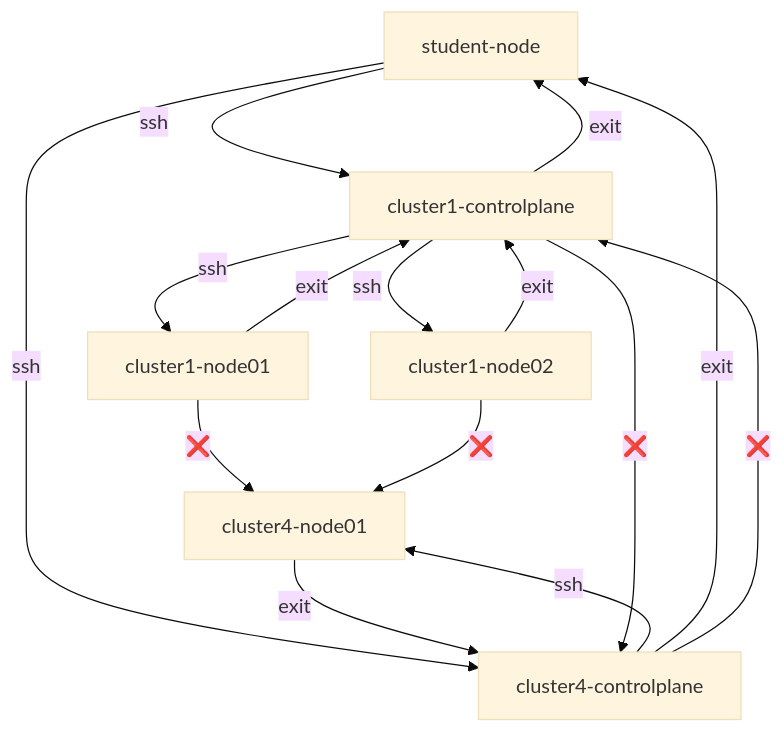
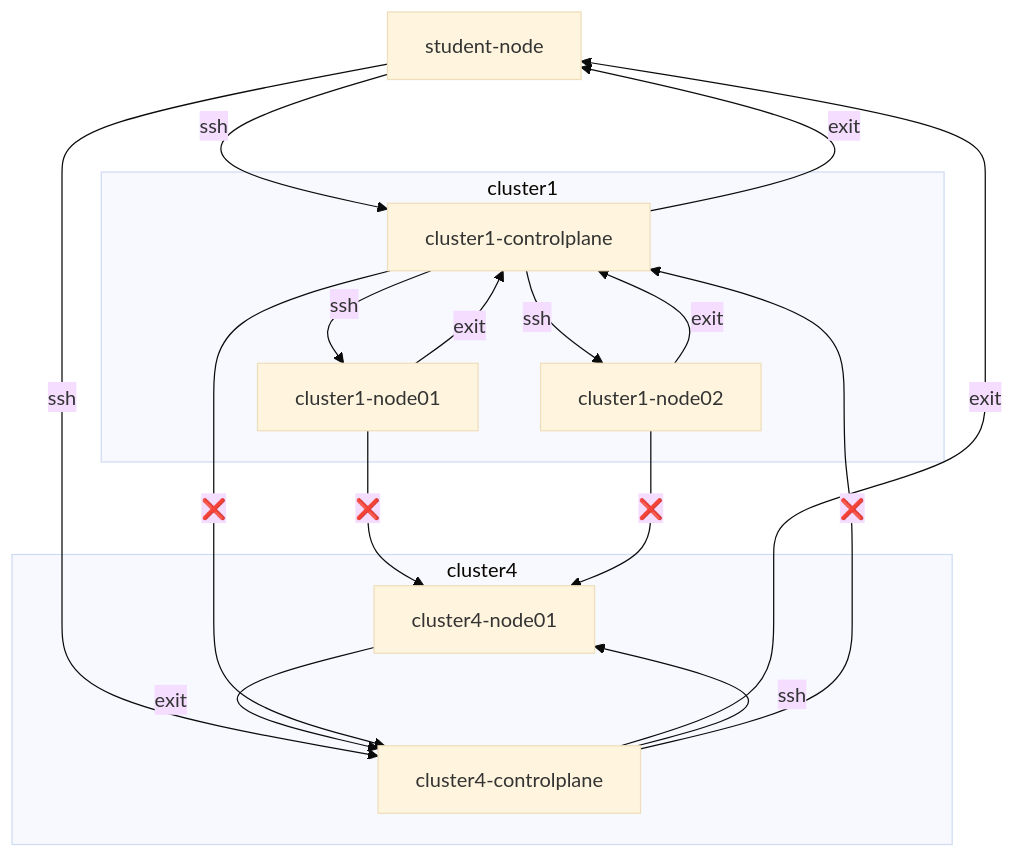
The fourth of 4 diagrams in docs/ssh.md (kodekloudhub/community-faq), drawn with Mermaid (base theme) before and after one commit.

Commit message:
Tweaking diagram

````diff
--- a/docs/ssh.md
+++ b/docs/ssh.md
@@ -324,31 +324,33 @@
 ```mermaid
-flowchart TD
+graph TD
 
     Jump[student-node]
 
     AC[cluster1-controlplane]
-    BC[cluster4-controlplane]
     A1[cluster1-node01]
     A2[cluster1-node02]
+    BC[cluster4-controlplane]
     B1[cluster4-node01]
 
     Jump -->|ssh| AC
     Jump -->|ssh| BC
 
-    AC -->|ssh| A1
-    AC -->|ssh| A2
+    AC -->|exit| Jump
+    subgraph Cluster1 [cluster1]
+        AC -->|ssh| A1
+        AC -->|ssh| A2
+        A1 -->|exit| AC
+        A2 -->|exit| AC
+    end
 
-    BC -->|ssh| B1
-
-    A1 -->|exit| AC
-    A2 -->|exit| AC
-    AC -->|exit| Jump
-
-    B1 -->|exit| BC
     BC -->|exit| Jump
+    subgraph Cluster4 [cluster4]
+        BC -->|ssh| B1
+        B1 -->|exit| BC
+    end
 
     AC -->|❌| BC
     BC -->|❌| AC
     A1 -->|❌| B1
     A2 -->|❌| B1
 ```
````
